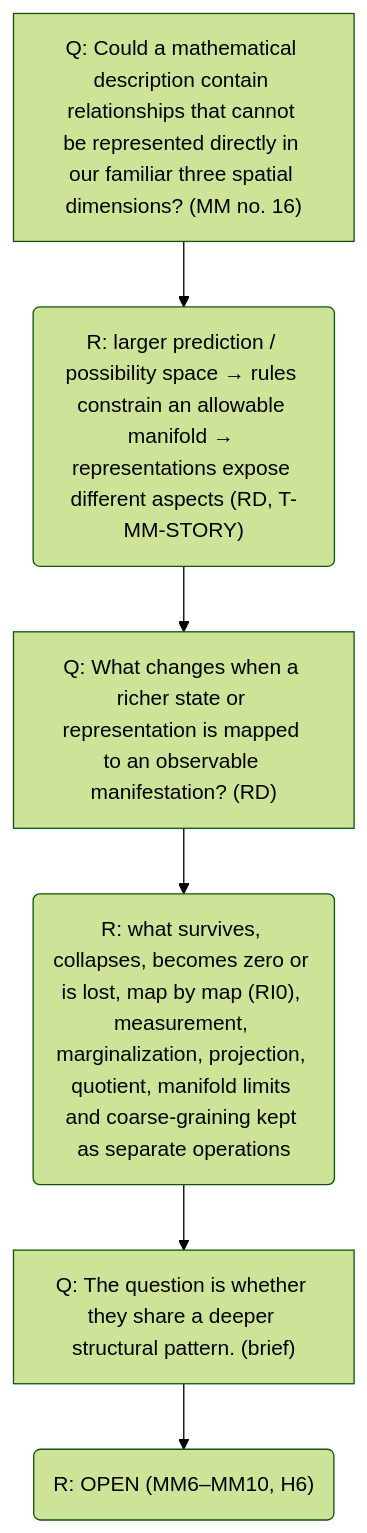
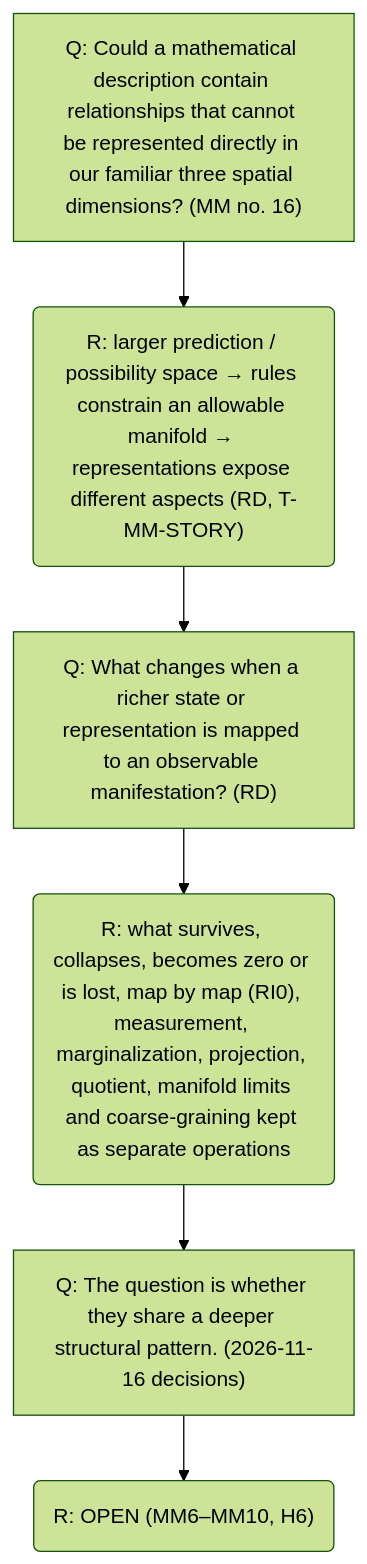
The eighth of 11 diagrams in research/canonical_story.md (nadiapriyam/ENERGEO), drawn with Mermaid (forest theme) before and after one commit. The commit also changed other lines of this file and 18 other files, not shown here.

````diff
--- a/research/canonical_story.md
+++ b/research/canonical_story.md
@@ -263,14 +332,14 @@
 ```mermaid
 flowchart TD
   PS0["Q: Could a mathematical description contain relationships that cannot be represented directly in our familiar three spatial dimensions? (MM no. 16)"]
   PS1("R: larger prediction / possibility space → rules constrain an allowable manifold → representations expose different aspects (RD, T-MM-STORY)")
   PS0 --> PS1
   PS2["Q: What changes when a richer state or representation is mapped to an observable manifestation? (RD)"]
   PS1 --> PS2
   PS3("R: what survives, collapses, becomes zero or is lost, map by map (RI0), measurement, marginalization, projection, quotient, manifold limits and coarse-graining kept as separate operations")
   PS2 --> PS3
-  PS4["Q: The question is whether they share a deeper structural pattern. (brief)"]
+  PS4["Q: The question is whether they share a deeper structural pattern. (2026-11-16 decisions)"]
   PS3 --> PS4
   PS5("R: OPEN (MM6–MM10, H6)")
   PS4 --> PS5
 ```
````
